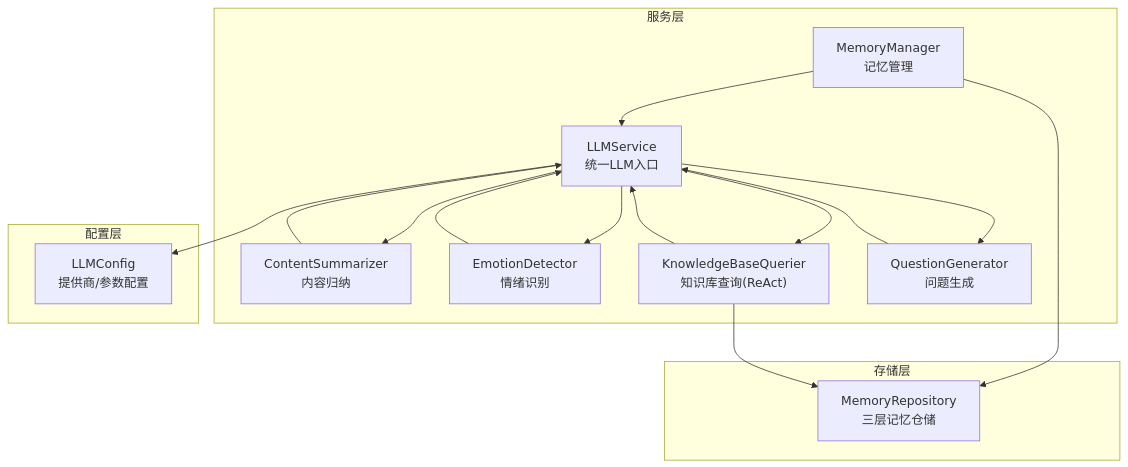
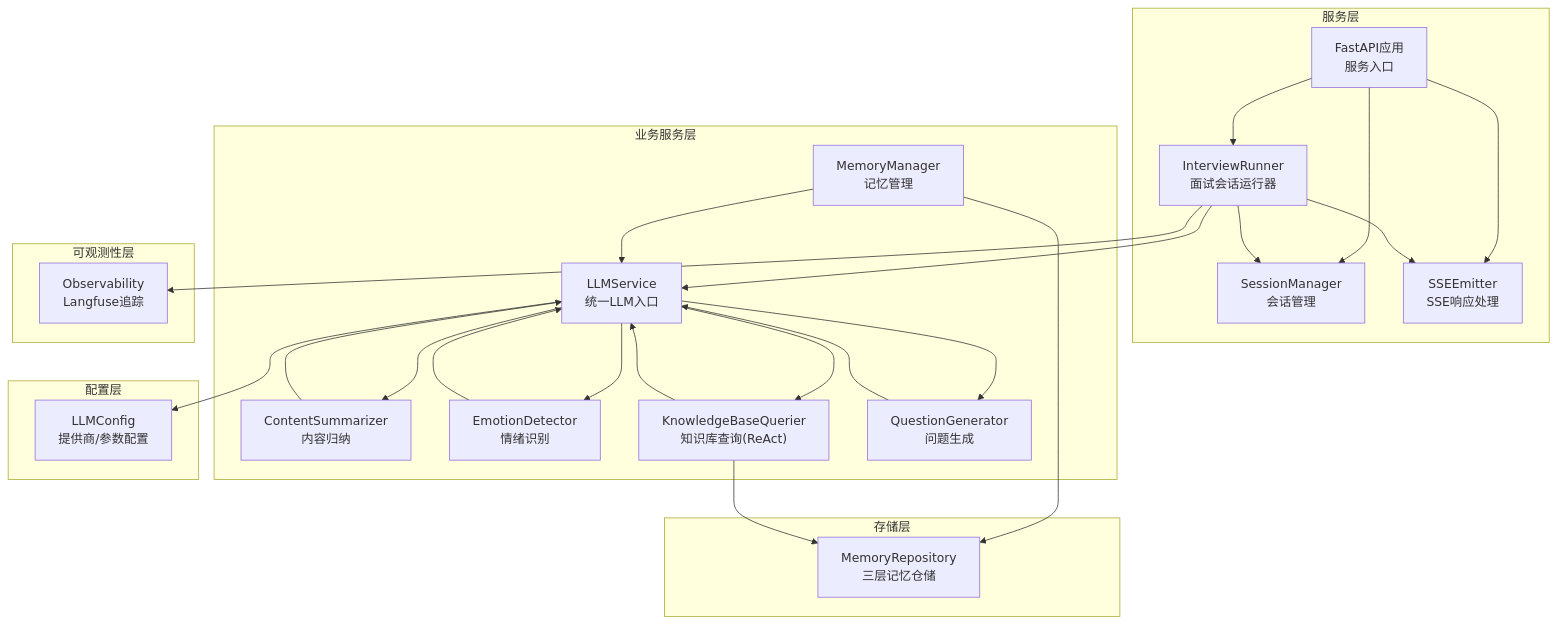
Before and after one commit to WangYiKai1017/zizuan: the first of 5 diagrams in .qoder/repowiki/zh/content/服务层架构/服务层架构.md, drawn with Mermaid. The commit also changed other lines of this file and 99 other files, not shown here.

````diff
--- a/.qoder/repowiki/zh/content/服务层架构/服务层架构.md
+++ b/.qoder/repowiki/zh/content/服务层架构/服务层架构.md
@@ -37,29 +55,45 @@
 ```mermaid
 graph TB
 subgraph "服务层"
+APP["FastAPI应用<br/>服务入口"]
+SM["SessionManager<br/>会话管理"]
+SSE["SSEEmitter<br/>SSE响应处理"]
+IR["InterviewRunner<br/>面试会话运行器"]
+end
+subgraph "业务服务层"
 LLM["LLMService<br/>统一LLM入口"]
 CS["ContentSummarizer<br/>内容归纳"]
 ED["EmotionDetector<br/>情绪识别"]
 KBQ["KnowledgeBaseQuerier<br/>知识库查询(ReAct)"]
 MM["MemoryManager<br/>记忆管理"]
 QG["QuestionGenerator<br/>问题生成"]
 end
 subgraph "配置层"
 CFG["LLMConfig<br/>提供商/参数配置"]
 end
 subgraph "存储层"
 MR["MemoryRepository<br/>三层记忆仓储"]
 end
+subgraph "可观测性层"
+OBS["Observability<br/>Langfuse追踪"]
+end
+APP --> SM
+APP --> SSE
+APP --> IR
+IR --> LLM
+IR --> SM
+IR --> SSE
+IR --> OBS
 LLM --> CS
 LLM --> ED
 LLM --> KBQ
 LLM --> QG
 MM --> MR
 CS --> LLM
 ED --> LLM
 KBQ --> LLM
 QG --> LLM
 LLM --> CFG
 KBQ --> MR
 MM --> LLM
 ```
````
